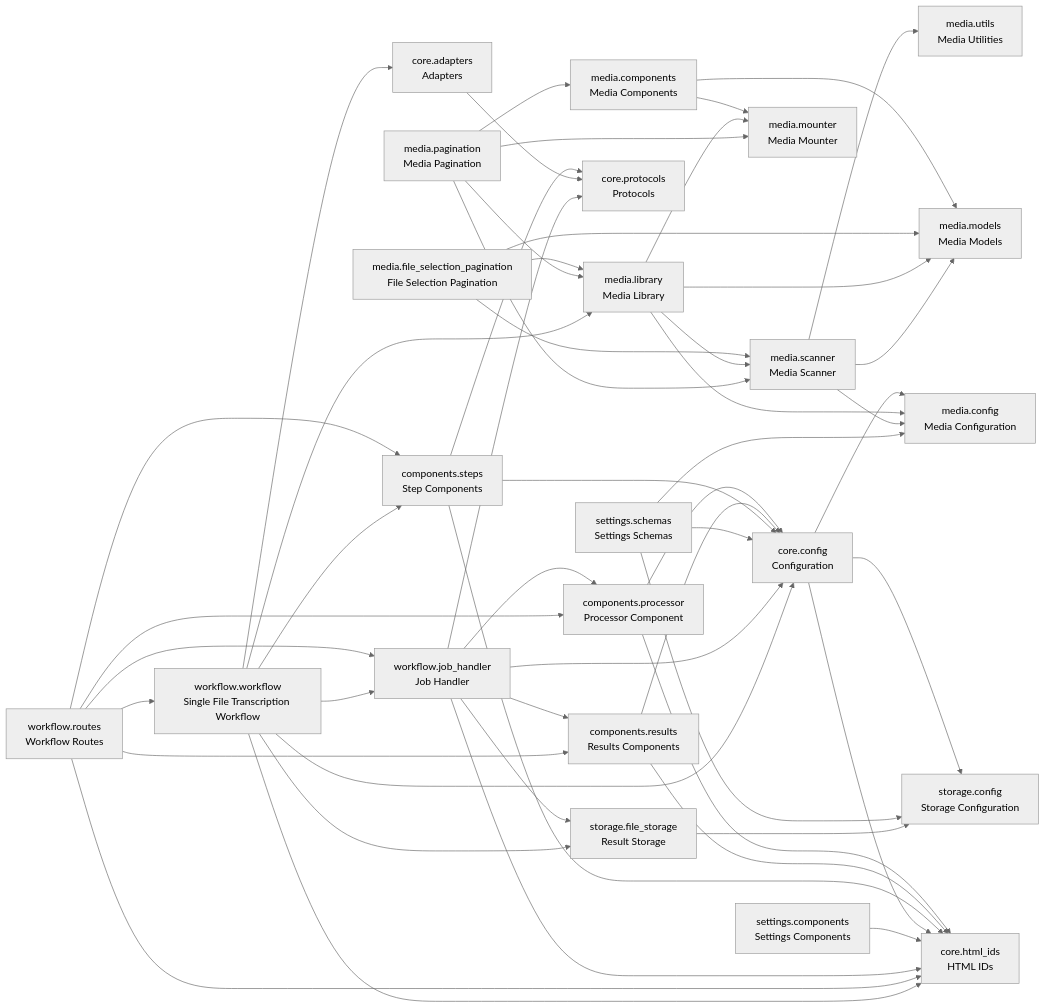
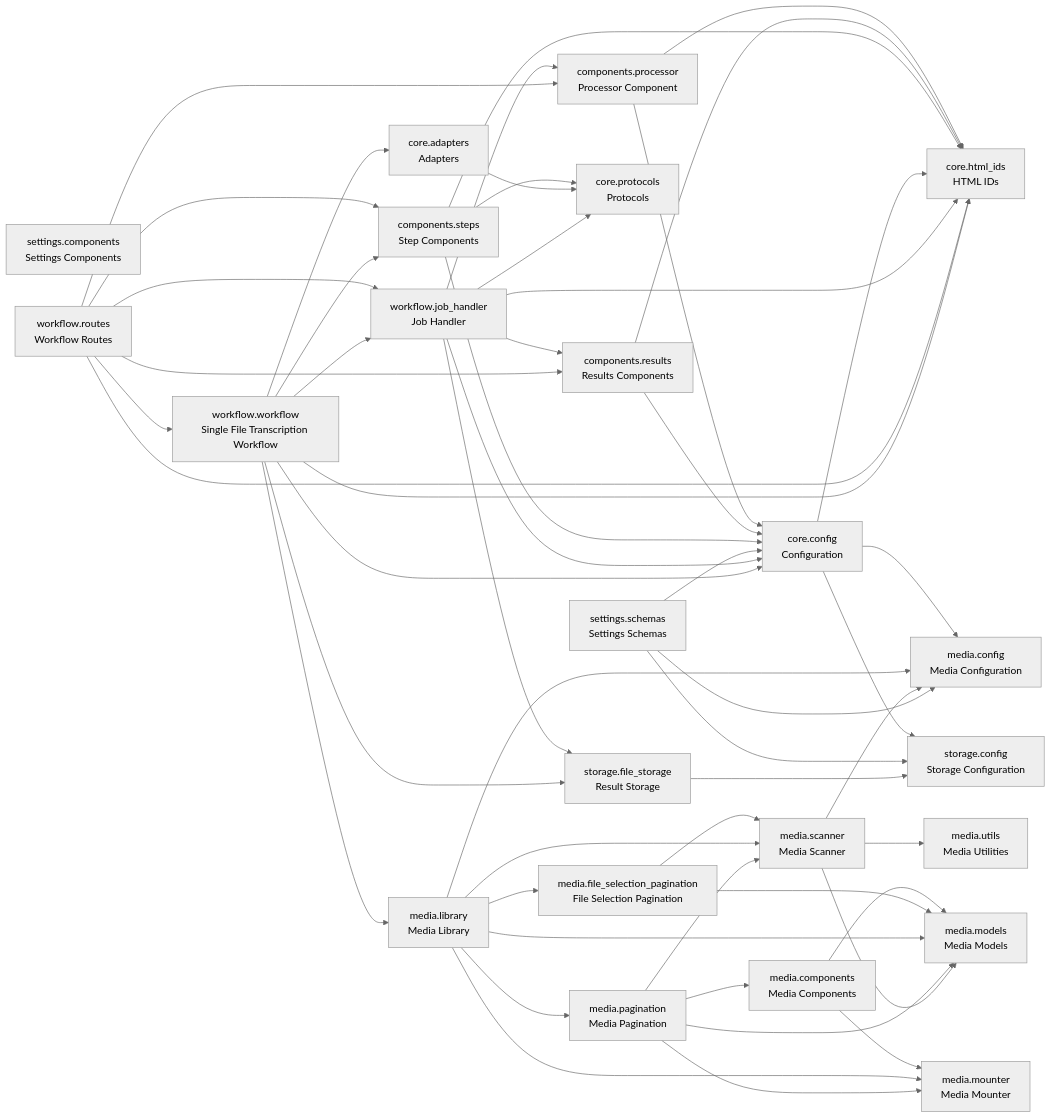
The diagram in README.md (cj-mills/cjm-fasthtml-workflow-transcription-single-file), drawn with Mermaid (neutral theme) before and after one commit. The commit also changed other lines of this file and 4 other files, not shown here.

````diff
--- a/README.md
+++ b/README.md
@@ -49,78 +49,78 @@
 ``` mermaid
 graph LR
     components_processor[components.processor<br/>Processor Component]
     components_results[components.results<br/>Results Components]
     components_steps[components.steps<br/>Step Components]
     core_adapters[core.adapters<br/>Adapters]
     core_config[core.config<br/>Configuration]
     core_html_ids[core.html_ids<br/>HTML IDs]
     core_protocols[core.protocols<br/>Protocols]
     media_components[media.components<br/>Media Components]
     media_config[media.config<br/>Media Configuration]
     media_file_selection_pagination[media.file_selection_pagination<br/>File Selection Pagination]
     media_library[media.library<br/>Media Library]
     media_models[media.models<br/>Media Models]
     media_mounter[media.mounter<br/>Media Mounter]
     media_pagination[media.pagination<br/>Media Pagination]
     media_scanner[media.scanner<br/>Media Scanner]
     media_utils[media.utils<br/>Media Utilities]
     settings_components[settings.components<br/>Settings Components]
     settings_schemas[settings.schemas<br/>Settings Schemas]
     storage_config[storage.config<br/>Storage Configuration]
     storage_file_storage[storage.file_storage<br/>Result Storage]
     workflow_job_handler[workflow.job_handler<br/>Job Handler]
     workflow_routes[workflow.routes<br/>Workflow Routes]
     workflow_workflow[workflow.workflow<br/>Single File Transcription Workflow]
 
+    components_processor --> core_config
     components_processor --> core_html_ids
-    components_processor --> core_config
+    components_results --> core_config
     components_results --> core_html_ids
-    components_results --> core_config
-    components_steps --> core_html_ids
     components_steps --> core_protocols
     components_steps --> core_config
+    components_steps --> core_html_ids
     core_adapters --> core_protocols
     core_config --> core_html_ids
     core_config --> media_config
     core_config --> storage_config
+    media_components --> media_mounter
     media_components --> media_models
-    media_components --> media_mounter
+    media_file_selection_pagination --> media_scanner
     media_file_selection_pagination --> media_models
-    media_file_selection_pagination --> media_library
-    media_file_selection_pagination --> media_scanner
+    media_library --> media_file_selection_pagination
+    media_library --> media_mounter
+    media_library --> media_config
+    media_library --> media_pagination
+    media_library --> media_scanner
     media_library --> media_models
-    media_library --> media_config
-    media_library --> media_scanner
-    media_library --> media_mounter
     media_pagination --> media_components
-    media_pagination --> media_library
+    media_pagination --> media_mounter
     media_pagination --> media_scanner
-    media_pagination --> media_mounter
-    media_scanner --> media_models
+    media_pagination --> media_models
     media_scanner --> media_utils
     media_scanner --> media_config
-    settings_components --> core_html_ids
+    media_scanner --> media_models
+    settings_schemas --> media_config
+    settings_schemas --> core_config
     settings_schemas --> storage_config
-    settings_schemas --> core_config
-    settings_schemas --> media_config
     storage_file_storage --> storage_config
+    workflow_job_handler --> core_html_ids
+    workflow_job_handler --> core_config
+    workflow_job_handler --> storage_file_storage
     workflow_job_handler --> components_results
-    workflow_job_handler --> core_html_ids
-    workflow_job_handler --> storage_file_storage
-    workflow_job_handler --> core_config
+    workflow_job_handler --> components_processor
     workflow_job_handler --> core_protocols
-    workflow_job_handler --> components_processor
+    workflow_routes --> core_html_ids
     workflow_routes --> workflow_job_handler
+    workflow_routes --> components_steps
     workflow_routes --> components_results
-    workflow_routes --> core_html_ids
+    workflow_routes --> components_processor
     workflow_routes --> workflow_workflow
-    workflow_routes --> components_steps
-    workflow_routes --> components_processor
+    workflow_workflow --> components_steps
+    workflow_workflow --> core_config
     workflow_workflow --> storage_file_storage
+    workflow_workflow --> core_adapters
+    workflow_workflow --> workflow_job_handler
     workflow_workflow --> core_html_ids
     workflow_workflow --> media_library
-    workflow_workflow --> core_config
-    workflow_workflow --> workflow_job_handler
-    workflow_workflow --> components_steps
-    workflow_workflow --> core_adapters
 ```
````
